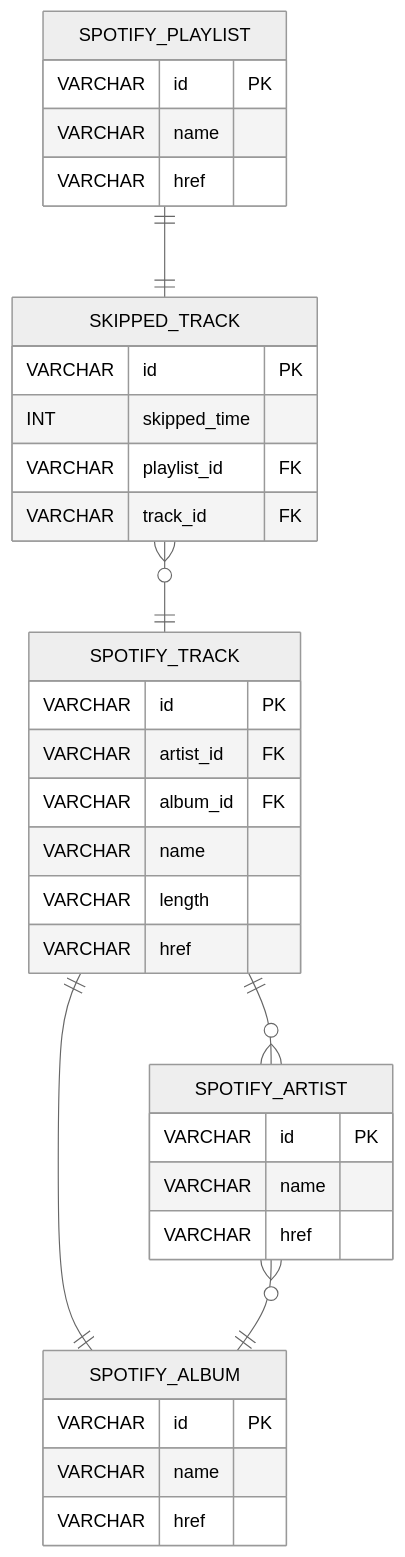
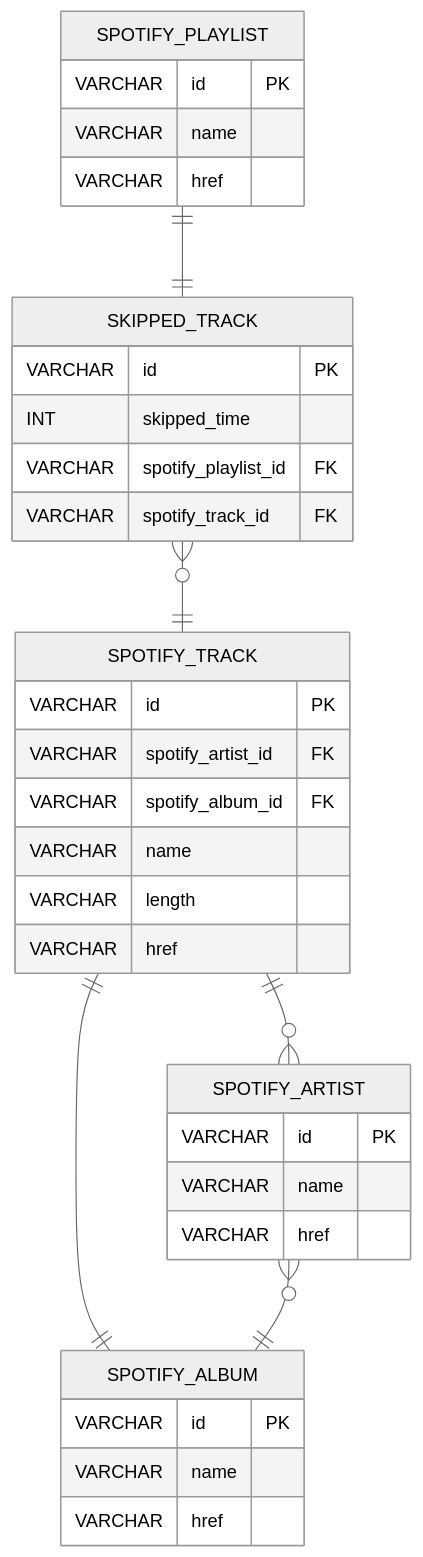
The diagram in docs/entity-relationship-diagram.md (paulmccarron/spotify-playlist-janitor), drawn with Mermaid before and after one commit.

Commit message:
Updated diagram

````diff
--- a/docs/entity-relationship-diagram.md
+++ b/docs/entity-relationship-diagram.md
@@ -5,39 +5,39 @@
 ``` mermaid
 %%{init: {'theme':'neutral'}}%%
 erDiagram
     SPOTIFY_PLAYLIST ||--|| SKIPPED_TRACK : ""
     SKIPPED_TRACK }o--|| SPOTIFY_TRACK : ""
     SPOTIFY_TRACK ||--o{ SPOTIFY_ARTIST : ""
     SPOTIFY_TRACK ||--|| SPOTIFY_ALBUM : ""
     SPOTIFY_ARTIST }o--|| SPOTIFY_ALBUM : ""
 
     SPOTIFY_PLAYLIST {
         VARCHAR id PK
 	    VARCHAR name
         VARCHAR href
     }
     SKIPPED_TRACK {
         VARCHAR id PK
         INT skipped_time
-        VARCHAR playlist_id FK
-        VARCHAR track_id FK
+        VARCHAR spotify_playlist_id FK
+        VARCHAR spotify_track_id FK
     }
     SPOTIFY_TRACK {
         VARCHAR id PK
-        VARCHAR artist_id FK
-        VARCHAR album_id FK
+        VARCHAR spotify_artist_id FK
+        VARCHAR spotify_album_id FK
         VARCHAR name
         VARCHAR length
         VARCHAR href
     }
     SPOTIFY_ARTIST {
         VARCHAR id PK
         VARCHAR name
         VARCHAR href
     }
     SPOTIFY_ALBUM {
         VARCHAR id PK
         VARCHAR name
         VARCHAR href
     }
 ```
````
